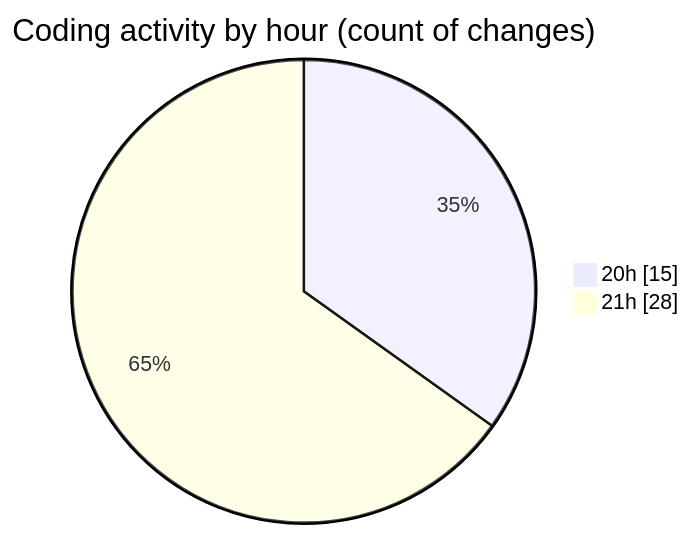
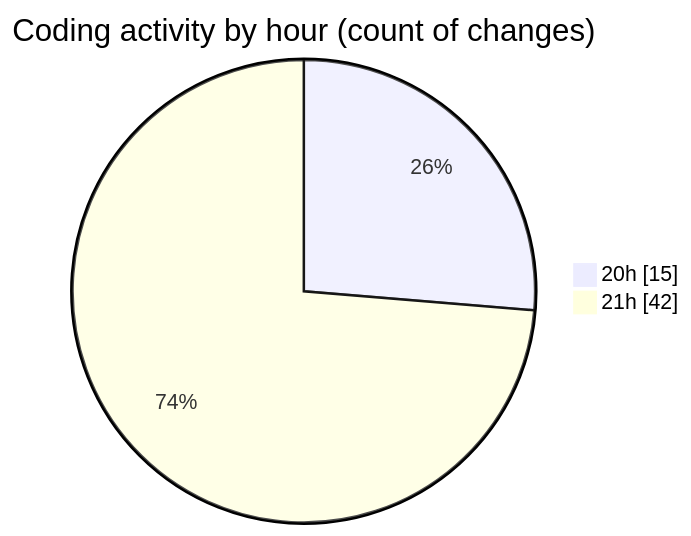
One commit to Netris89/code-tracking changed the second of 2 diagrams in 2025-05-02/date/README.md. Above: the diagram before and after it, drawn with Mermaid. The commit also changed other lines of this file and 1 other file, not shown here.

````diff
--- a/2025-05-02/date/README.md
+++ b/2025-05-02/date/README.md
@@ -36,6 +38,6 @@
 ```mermaid
 pie showData
 title Coding activity by hour (count of changes)
 "20h" : 15
-"21h" : 28
+"21h" : 42
 ```
````
